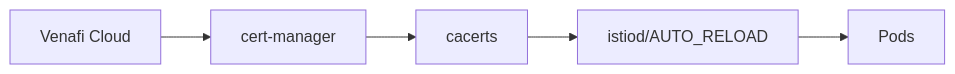
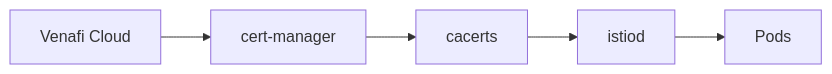
The diagram in README.md (tetratelabs/venafi-demo), drawn with Mermaid before and after one commit. The commit also changed other lines of this file and 2 other files, not shown here.

First line of the commit message:
Update Istio install to use default auto-reload

````diff
--- a/README.md
+++ b/README.md
@@ -21,7 +21,7 @@
 ```mermaid
 graph LR
     VC[Venafi Cloud] --> CM[cert-manager]
     CM --> Secret[cacerts]
-    Secret --> Istiod[istiod/AUTO_RELOAD]
+    Secret --> Istiod[istiod]
     Istiod --> Workloads[Pods]
 ```
````
